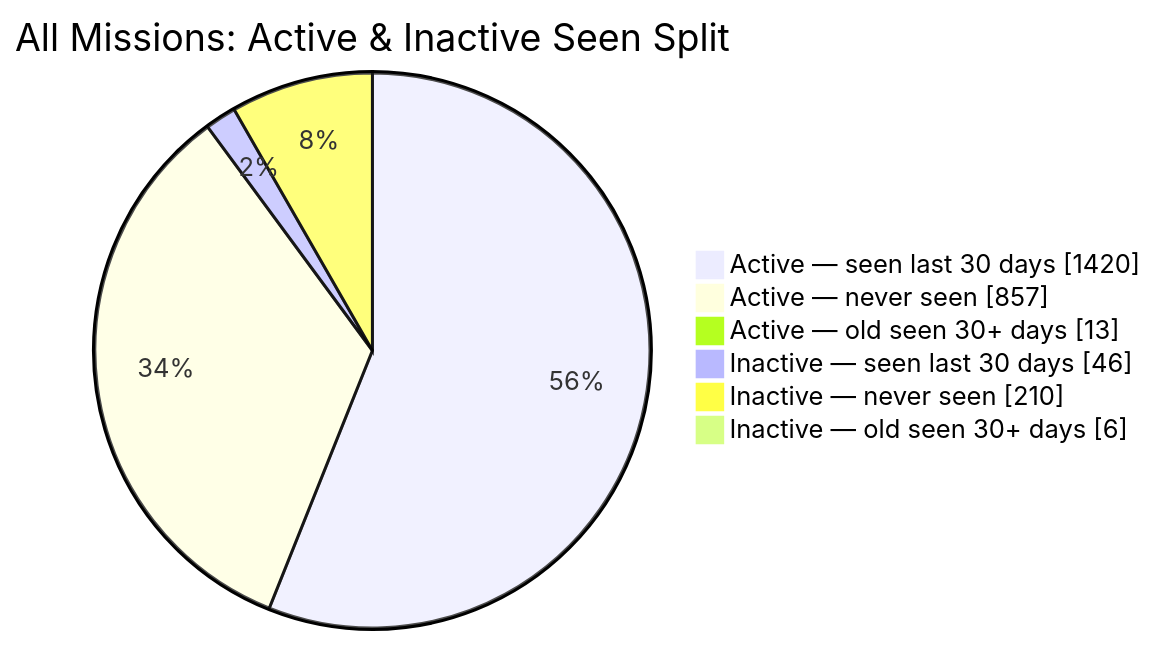
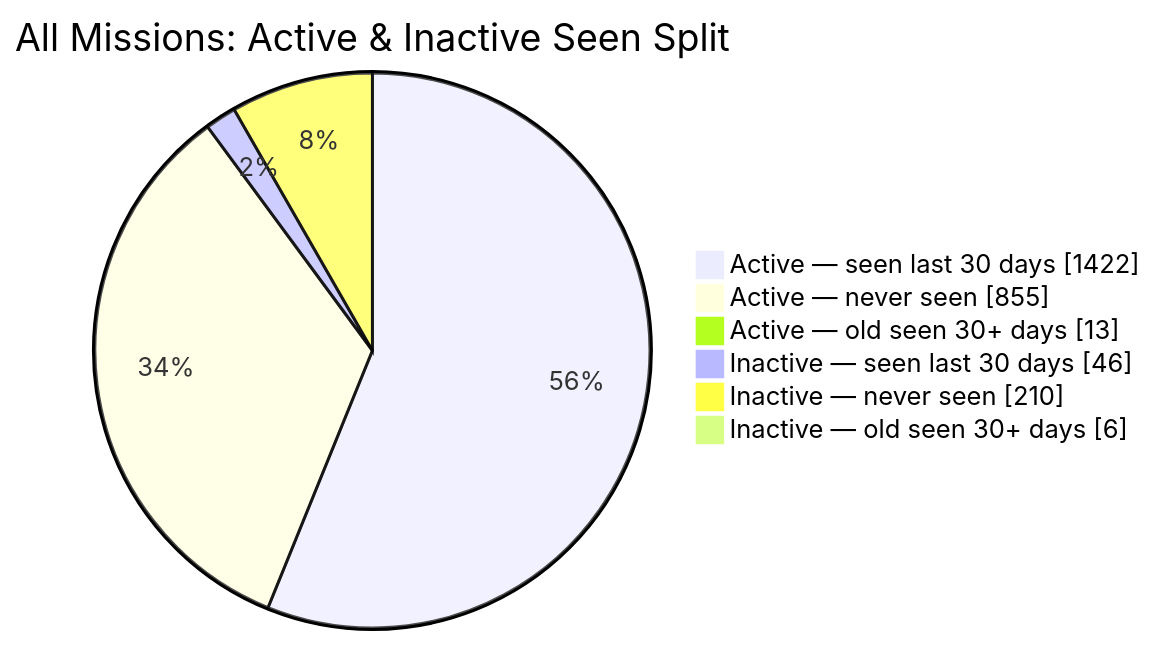
One commit to MeldkamerspelGameTeam/active-missions changed the second of 2 diagrams in README.md. Above: the diagram before and after it, drawn with Mermaid. The commit also changed other lines of this file and 2 other files, not shown here.

````diff
--- a/README.md
+++ b/README.md
@@ -44,10 +44,10 @@
 ```mermaid
 pie showData
     title All Missions: Active & Inactive Seen Split
-    "Active — seen last 30 days" : 1420
-    "Active — never seen" : 857
+    "Active — seen last 30 days" : 1422
+    "Active — never seen" : 855
     "Active — old seen 30+ days" : 13
     "Inactive — seen last 30 days" : 46
     "Inactive — never seen" : 210
     "Inactive — old seen 30+ days" : 6
 ```
````
